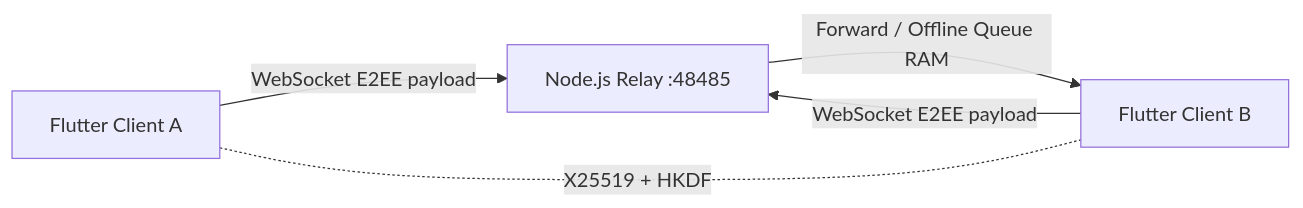
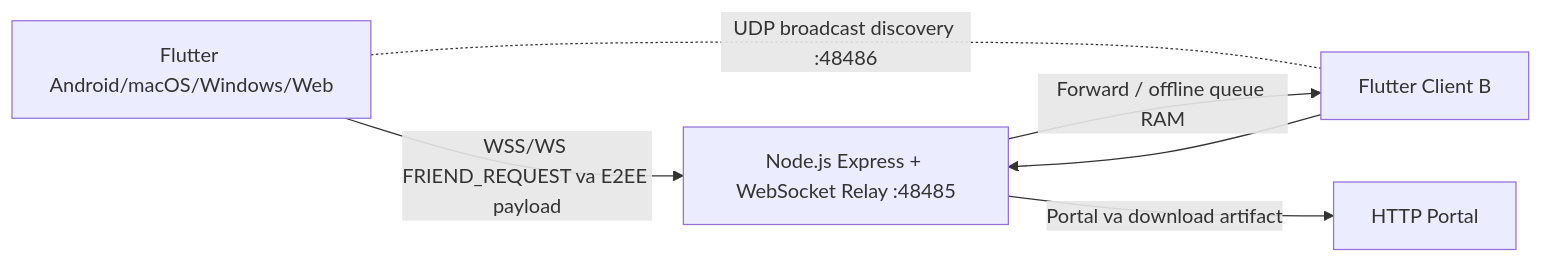
One commit to DungLab-IT/Chat-MaHoa changed the diagram in SYSTEM_STRUCTURE.md. Above: the diagram before and after it, drawn with Mermaid. The commit also changed other lines of this file and 1 other file, not shown here.

````diff
--- a/SYSTEM_STRUCTURE.md
+++ b/SYSTEM_STRUCTURE.md
@@ -12,7 +12,8 @@
 ```mermaid
 flowchart LR
-    A[Flutter Client A] -->|WebSocket E2EE payload| R[Node.js Relay :48485]
-    B[Flutter Client B] -->|WebSocket E2EE payload| R
-    R -->|Forward / Offline Queue RAM| B
-    A -. X25519 + HKDF .- B
+    A[Flutter Android/macOS/Windows/Web] -->|WSS/WS FRIEND_REQUEST va E2EE payload| R[Node.js Express + WebSocket Relay :48485]
+    B[Flutter Client B] --> R
+    A -. UDP broadcast discovery :48486 .- B
+    R -->|Forward / offline queue RAM| B
+    R -->|Portal va download artifact| P[HTTP Portal]
 ```
````
